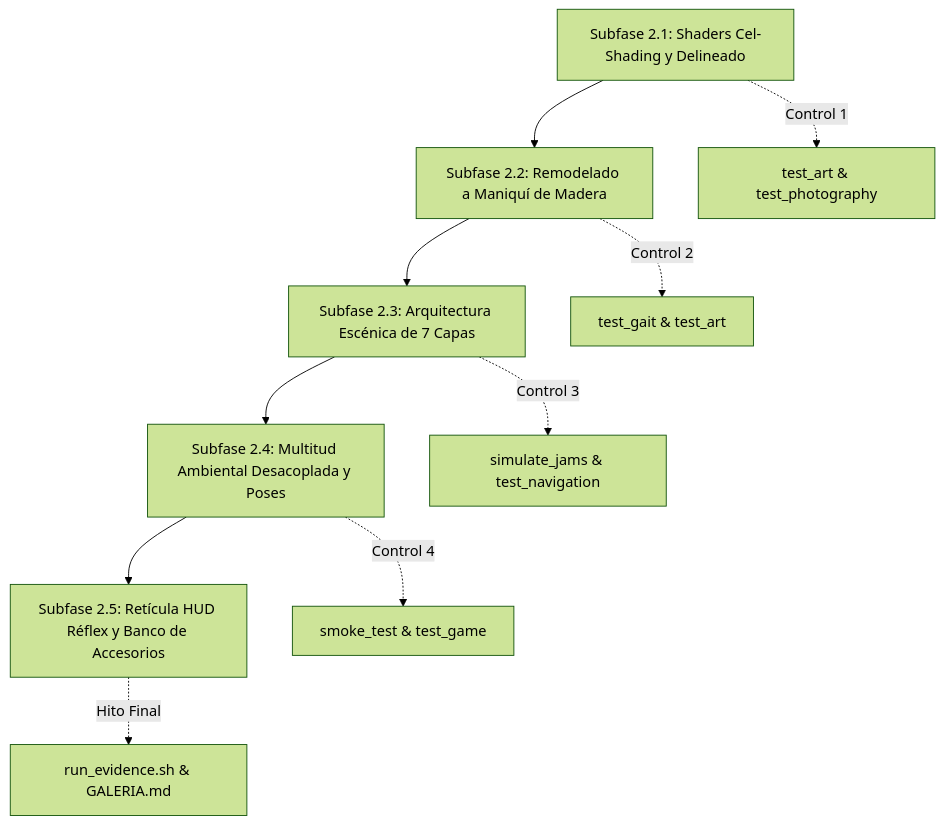
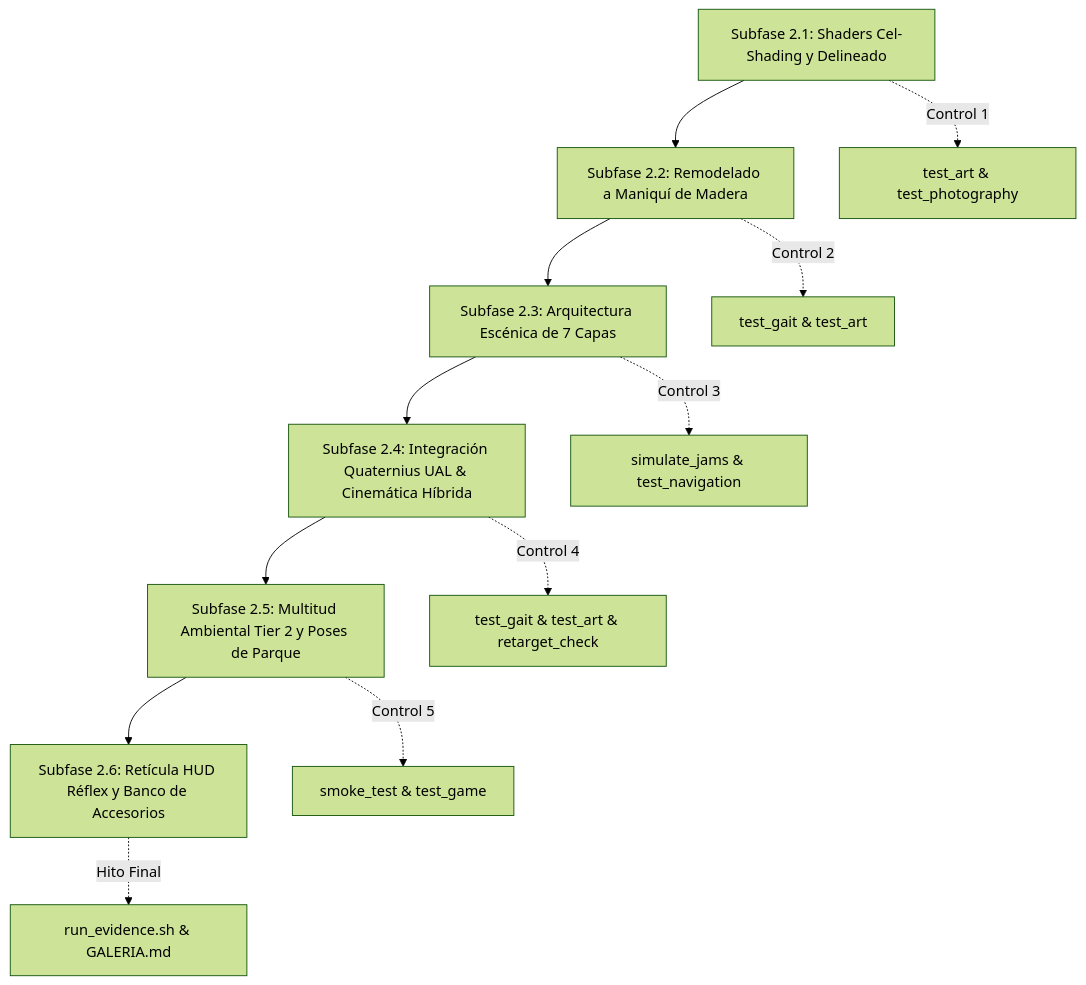
One commit to Ganso/proyecto-paparazzi changed the second of 2 diagrams in docs/futuro/02_ESTILO_VISUAL_Y_POLIGONOS.md. Above: the diagram before and after it, drawn with Mermaid (forest theme). The commit also changed other lines of this file and 2 other files, not shown here.

````diff
--- a/docs/futuro/02_ESTILO_VISUAL_Y_POLIGONOS.md
+++ b/docs/futuro/02_ESTILO_VISUAL_Y_POLIGONOS.md
@@ -236,13 +397,15 @@
 ```mermaid
 graph TD
     S1[Subfase 2.1: Shaders Cel-Shading y Delineado] --> S2[Subfase 2.2: Remodelado a Maniquí de Madera]
     S2 --> S3[Subfase 2.3: Arquitectura Escénica de 7 Capas]
-    S3 --> S4[Subfase 2.4: Multitud Ambiental Desacoplada y Poses]
-    S4 --> S5[Subfase 2.5: Retícula HUD Réflex y Banco de Accesorios]
+    S3 --> S4[Subfase 2.4: Integración Quaternius UAL & Cinemática Híbrida]
+    S4 --> S5[Subfase 2.5: Multitud Ambiental Tier 2 y Poses de Parque]
+    S5 --> S6[Subfase 2.6: Retícula HUD Réflex y Banco de Accesorios]
     
     S1 -. Control 1 .-> S1_Test[test_art & test_photography]
     S2 -. Control 2 .-> S2_Test[test_gait & test_art]
     S3 -. Control 3 .-> S3_Test[simulate_jams & test_navigation]
-    S4 -. Control 4 .-> S4_Test[smoke_test & test_game]
-    S5 -. Hito Final .-> S5_Test[run_evidence.sh & GALERIA.md]
+    S4 -. Control 4 .-> S4_Test[test_gait & test_art & retarget_check]
+    S5 -. Control 5 .-> S5_Test[smoke_test & test_game]
+    S6 -. Hito Final .-> S6_Test[run_evidence.sh & GALERIA.md]
 ```
````
